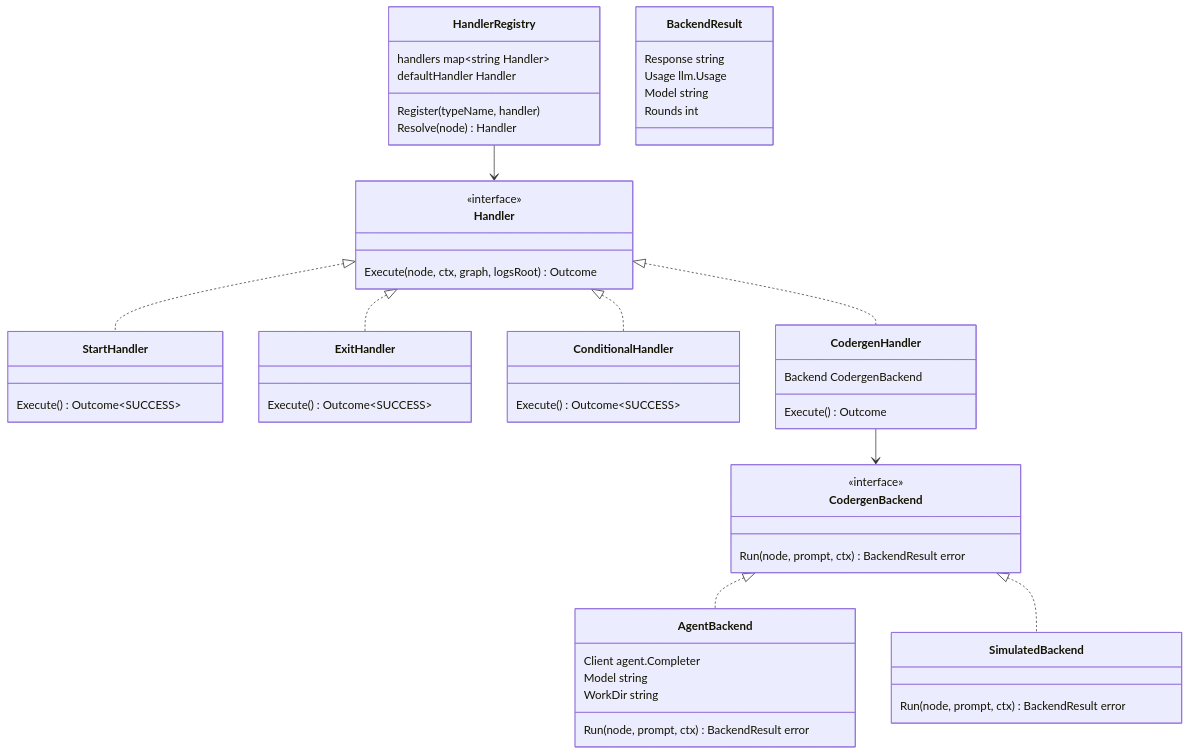
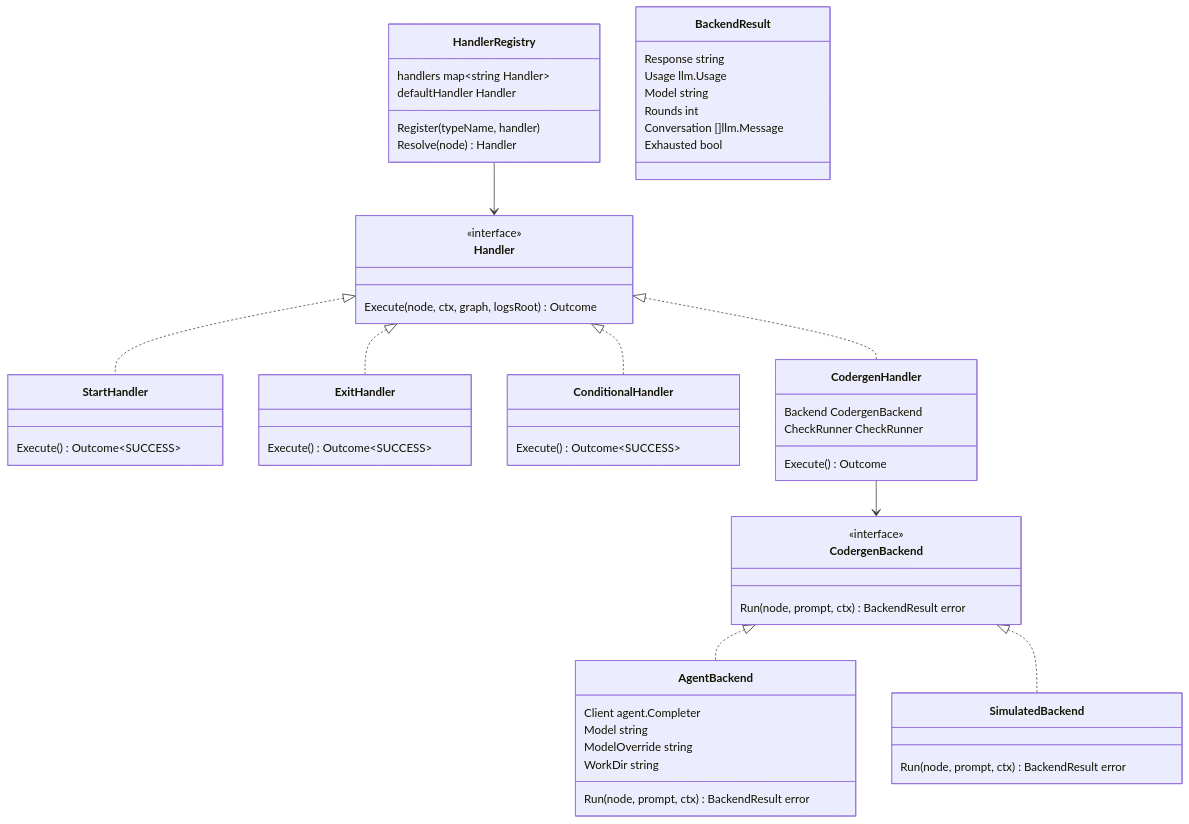
One commit to campallison/attractor changed the eighth of 10 diagrams in docs/architecture.md. Above: the diagram before and after it, drawn with Mermaid. The commit also changed other lines of this file and 8 other files, not shown here.

````diff
--- a/docs/architecture.md
+++ b/docs/architecture.md
@@ -384,63 +404,67 @@
 ```mermaid
 classDiagram
     class Handler {
         <<interface>>
         Execute(node, ctx, graph, logsRoot) Outcome
     }
 
     class HandlerRegistry {
         handlers map~string Handler~
         defaultHandler Handler
         Register(typeName, handler)
         Resolve(node) Handler
     }
 
     class StartHandler {
         Execute() Outcome~SUCCESS~
     }
 
     class ExitHandler {
         Execute() Outcome~SUCCESS~
     }
 
     class ConditionalHandler {
         Execute() Outcome~SUCCESS~
     }
 
     class CodergenHandler {
         Backend CodergenBackend
+        CheckRunner CheckRunner
         Execute() Outcome
     }
 
     class BackendResult {
         Response string
         Usage llm.Usage
         Model string
         Rounds int
+        Conversation []llm.Message
+        Exhausted bool
     }
 
     class CodergenBackend {
         <<interface>>
         Run(node, prompt, ctx) BackendResult error
     }
 
     class AgentBackend {
         Client agent.Completer
         Model string
+        ModelOverride string
         WorkDir string
         Run(node, prompt, ctx) BackendResult error
     }
 
     class SimulatedBackend {
         Run(node, prompt, ctx) BackendResult error
     }
 
     Handler <|.. StartHandler
     Handler <|.. ExitHandler
     Handler <|.. ConditionalHandler
     Handler <|.. CodergenHandler
     CodergenBackend <|.. AgentBackend
     CodergenBackend <|.. SimulatedBackend
     CodergenHandler --> CodergenBackend
     HandlerRegistry --> Handler
 ```
````
